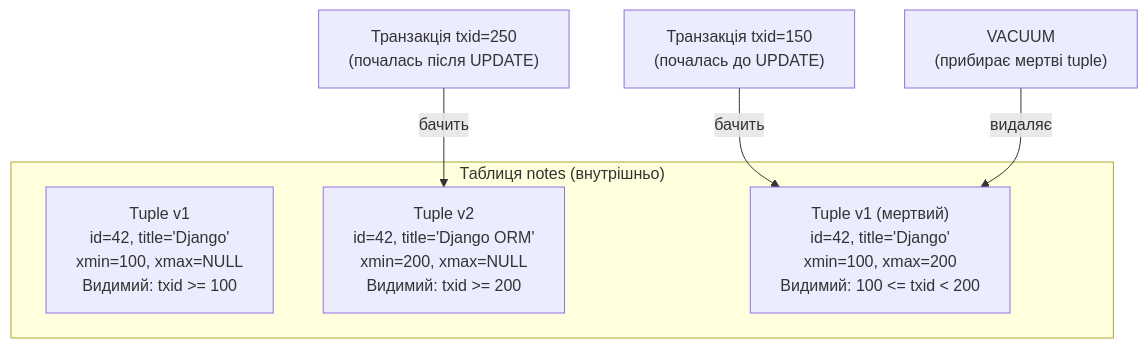
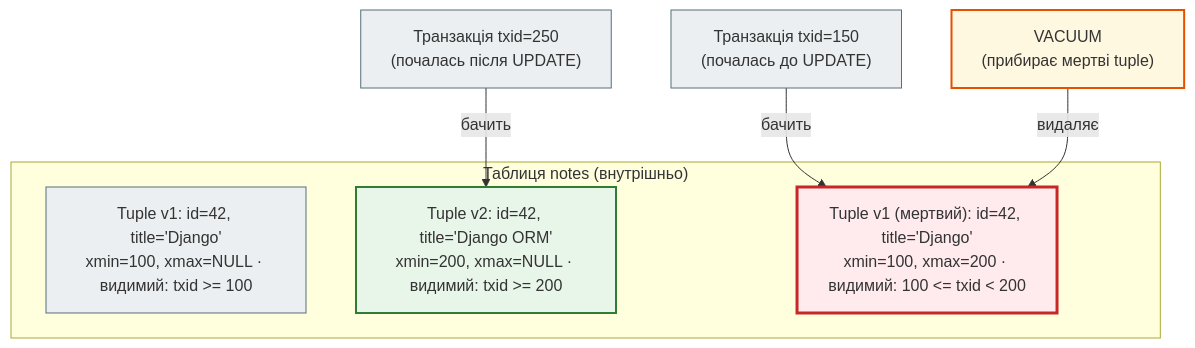
Before and after one commit to NikoriakViktot/notes_chat_app: diagram 14 of 20 in docs/03_database_and_orm/orm_mermaid_full.md, drawn with Mermaid. The commit also changed other lines of this file and 441 other files, not shown here.

First line of the commit message:
Add English version of the book, Mermaid standard, docs fixes

````diff
--- a/docs/03_database_and_orm/orm_mermaid_full.md
+++ b/docs/03_database_and_orm/orm_mermaid_full.md
@@ -513,12 +555,22 @@
 ```mermaid
 graph TD
     subgraph "Таблиця notes (внутрішньо)"
-        T1["Tuple v1\nid=42, title='Django'\nxmin=100, xmax=NULL\nВидимий: txid >= 100"]
-        T2["Tuple v2\nid=42, title='Django ORM'\nxmin=200, xmax=NULL\nВидимий: txid >= 200"]
-        T3["Tuple v1 (мертвий)\nid=42, title='Django'\nxmin=100, xmax=200\nВидимий: 100 <= txid < 200"]
+        T1["Tuple v1: id=42, title='Django'<br>xmin=100, xmax=NULL · видимий: txid >= 100"]
+        T2["Tuple v2: id=42, title='Django ORM'<br>xmin=200, xmax=NULL · видимий: txid >= 200"]
+        T3["Tuple v1 (мертвий): id=42, title='Django'<br>xmin=100, xmax=200 · видимий: 100 <= txid < 200"]
     end
 
-    TX150["Транзакція txid=150\n(почалась до UPDATE)"] -->|"бачить"| T3
-    TX250["Транзакція txid=250\n(почалась після UPDATE)"] -->|"бачить"| T2
-    VACUUM["VACUUM\n(прибирає мертві tuple)"] -->|"видаляє"| T3
+    TX150["Транзакція txid=150<br>(почалась до UPDATE)"] -->|"бачить"| T3
+    TX250["Транзакція txid=250<br>(почалась після UPDATE)"] -->|"бачить"| T2
+    VACUUM["VACUUM<br>(прибирає мертві tuple)"] -->|"видаляє"| T3
+
+    classDef step     fill:#eceff1,stroke:#546e7a,stroke-width:1px;
+    classDef success  fill:#e8f5e9,stroke:#2e7d32,stroke-width:2px;
+    classDef error    fill:#ffebee,stroke:#c62828,stroke-width:3px;
+    classDef warning  fill:#fff8e1,stroke:#e65100,stroke-width:2px;
+
+    class T1,TX150,TX250 step;
+    class T2 success;
+    class T3 error;
+    class VACUUM warning;
 ```
````
